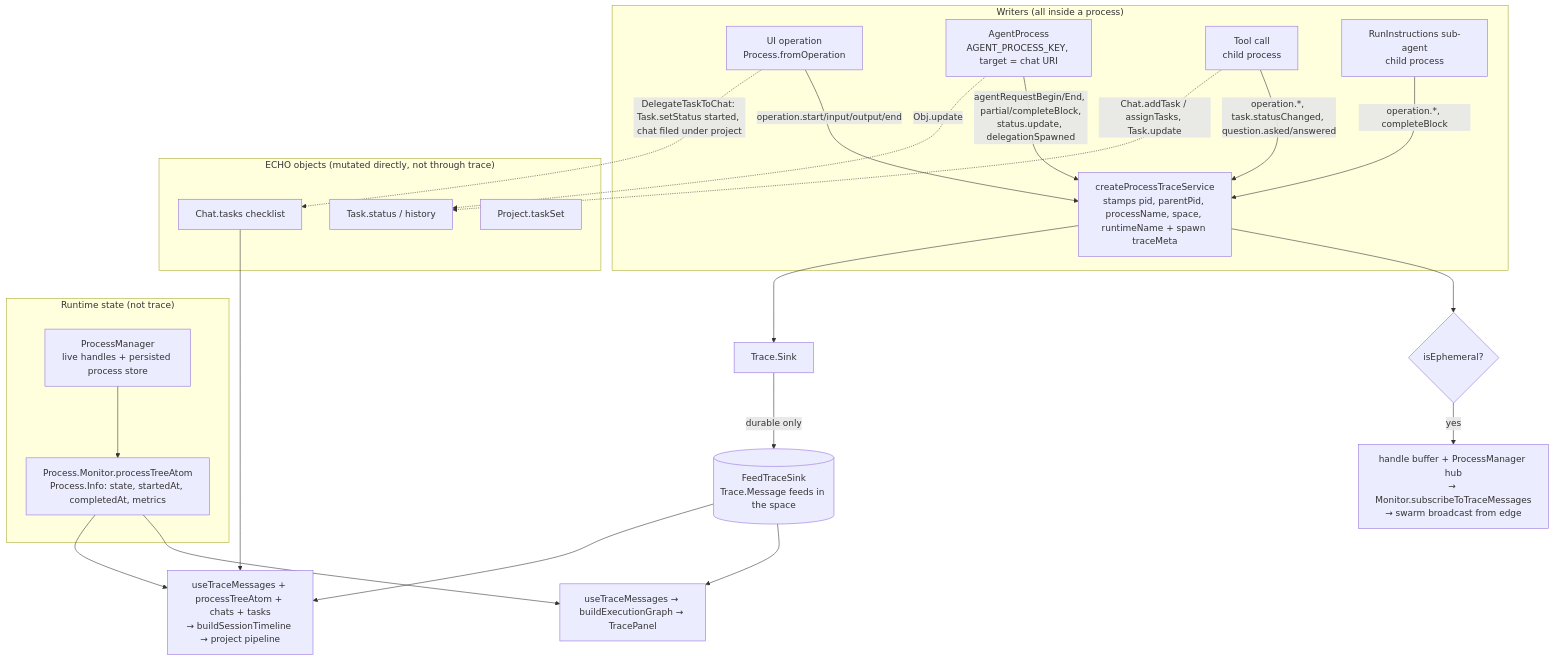
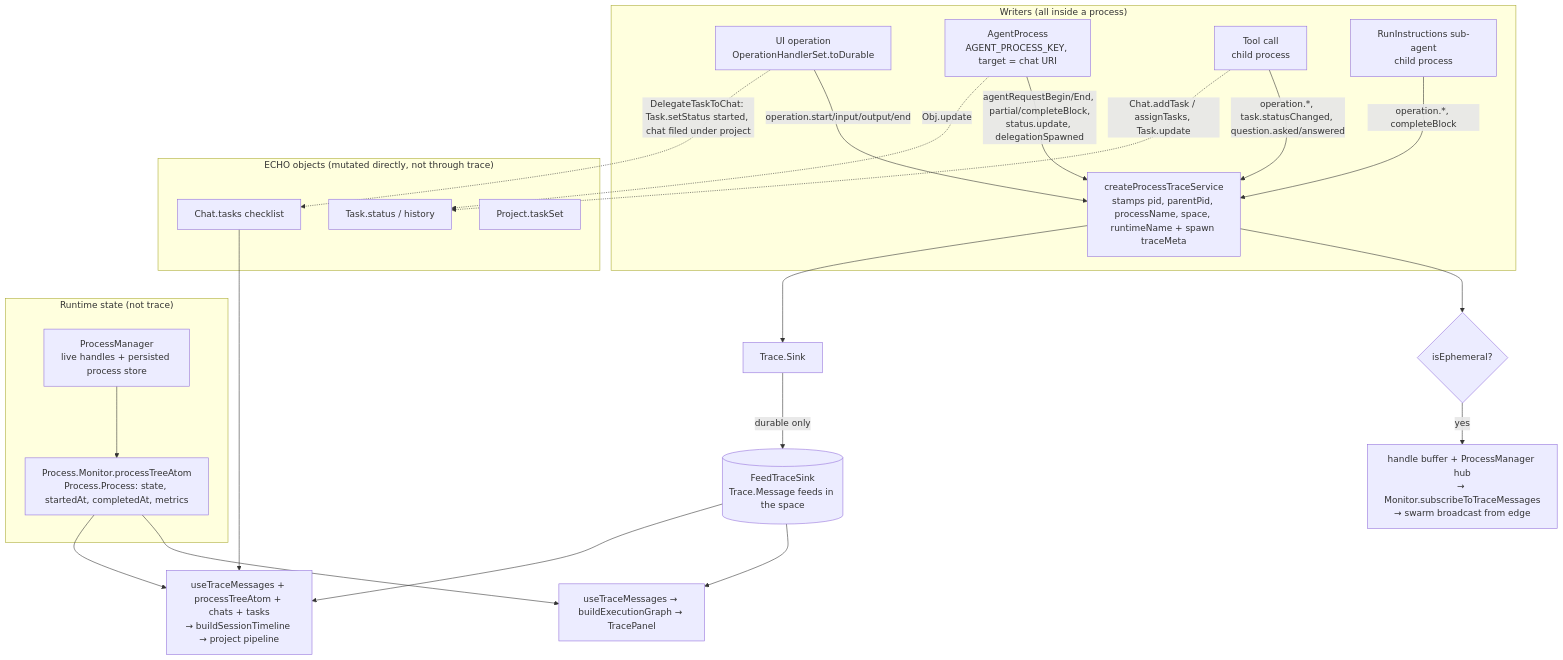
Before and after one commit to dxos/dxos: the third of 9 diagrams in packages/plugins/plugin-assistant/docs/ACTIVITY.md, drawn with Mermaid. The commit also changed other lines of this file and 52 other files, not shown here.

First line of the commit message:
compute: make process definitions durable operations

````diff
--- a/packages/plugins/plugin-assistant/docs/ACTIVITY.md
+++ b/packages/plugins/plugin-assistant/docs/ACTIVITY.md
@@ -171,29 +171,29 @@
 ```mermaid
 flowchart TB
   subgraph writers["Writers (all inside a process)"]
-    UI[UI operation<br/>Process.fromOperation] -->|operation.start/input/output/end| TS
+    UI[UI operation<br/>OperationHandlerSet.toDurable] -->|operation.start/input/output/end| TS
     AG["AgentProcess<br/>AGENT_PROCESS_KEY, target = chat URI"] -->|"agentRequestBegin/End, partial/completeBlock,<br/>status.update, delegationSpawned"| TS
     TOOL[Tool call<br/>child process] -->|"operation.*, task.statusChanged, question.asked/answered"| TS
     SUB[RunInstructions sub-agent<br/>child process] -->|"operation.*, completeBlock"| TS
   end
   TS["createProcessTraceService<br/>stamps pid, parentPid, processName, space, runtimeName + spawn traceMeta"] --> EPH
   TS --> SINK
   EPH{isEphemeral?} -->|yes| HUB["handle buffer + ProcessManager hub<br/>→ Monitor.subscribeToTraceMessages<br/>→ swarm broadcast from edge"]
   SINK[Trace.Sink] -->|durable only| FEED[("FeedTraceSink<br/>Trace.Message feeds in the space")]
   subgraph state["Runtime state (not trace)"]
-    PM["ProcessManager<br/>live handles + persisted process store"] --> MON["Process.Monitor.processTreeAtom<br/>Process.Info: state, startedAt, completedAt, metrics"]
+    PM["ProcessManager<br/>live handles + persisted process store"] --> MON["Process.Monitor.processTreeAtom<br/>Process.Process: state, startedAt, completedAt, metrics"]
   end
   subgraph objects["ECHO objects (mutated directly, not through trace)"]
     CHAT[Chat.tasks checklist]
     TASK[Task.status / history]
     PROJ[Project.taskSet]
   end
   AG -.->|Obj.update| TASK
   TOOL -.->|"Chat.addTask / assignTasks, Task.update"| TASK
   UI -.->|"DelegateTaskToChat: Task.setStatus started, chat filed under project"| CHAT
   FEED --> R1[useTraceMessages → buildExecutionGraph → TracePanel]
   FEED --> R2["useTraceMessages + processTreeAtom + chats + tasks<br/>→ buildSessionTimeline → project pipeline"]
   MON --> R1
   MON --> R2
   CHAT --> R2
 ```
````
